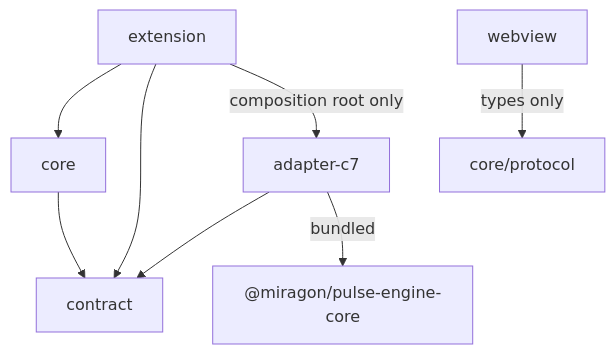
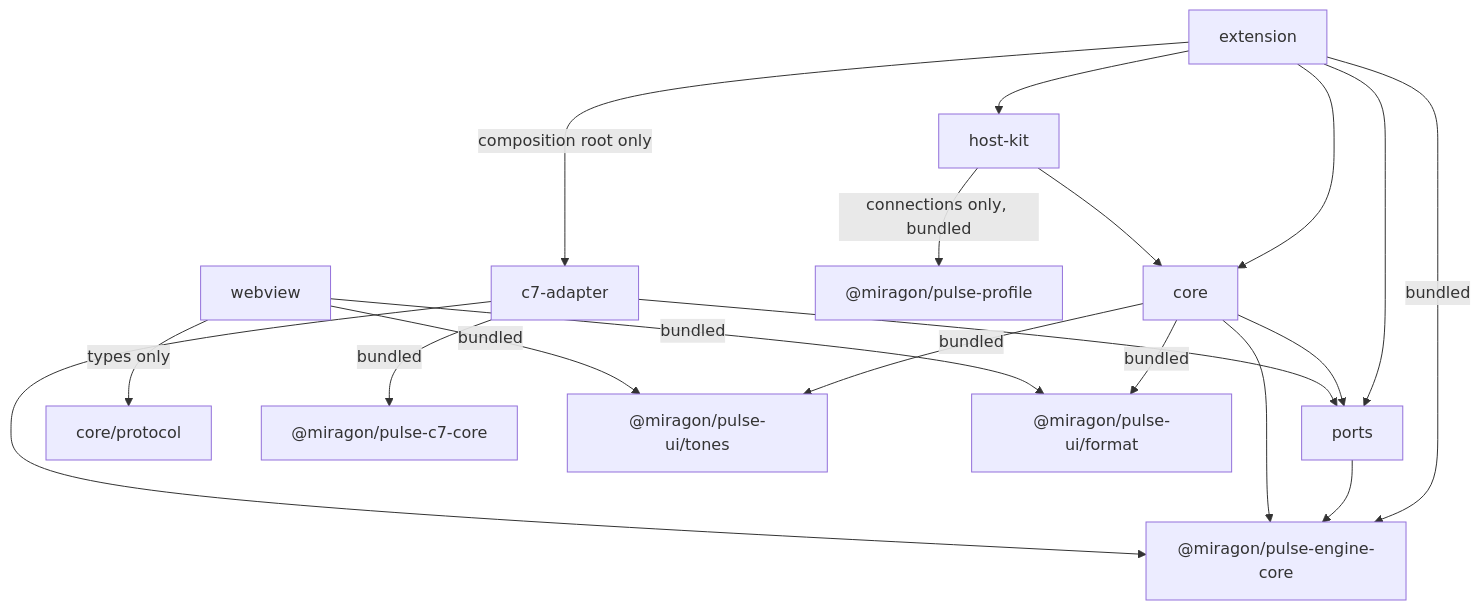
Before and after one commit to Miragon/pulse: the third of 7 diagrams in apps/vscode/docs/architecture-overview.md, drawn with Mermaid. The commit also changed other lines of this file and 2074 other files, not shown here.

````diff
--- a/apps/vscode/docs/architecture-overview.md
+++ b/apps/vscode/docs/architecture-overview.md
@@ -127,10 +130,21 @@
 ```mermaid
 flowchart TB
   extension --> core
-  extension --> contract
-  extension -- composition root only --> adapterC7[adapter-c7]
-  core --> contract
+  extension --> hostKit[host-kit]
+  extension --> ports[ports]
+  extension -- bundled --> engineCore["@miragon/pulse-engine-core"]
+  extension -- composition root only --> adapterC7[c7-adapter]
+  hostKit -- connections only, bundled --> profile["@miragon/pulse-profile"]
+  hostKit --> core
+  ports --> engineCore
+  core --> ports
+  core --> engineCore
   webview -- types only --> protocol[core/protocol]
-  adapterC7 --> contract
-  adapterC7 -- bundled --> engineCore["@miragon/pulse-engine-core"]
+  adapterC7 --> ports
+  adapterC7 --> engineCore
+  adapterC7 -- bundled --> c7Core["@miragon/pulse-c7-core"]
+  core -- bundled --> tones["@miragon/pulse-ui/tones"]
+  webview -- bundled --> tones
+  core -- bundled --> format["@miragon/pulse-ui/format"]
+  webview -- bundled --> format
 ```
````
